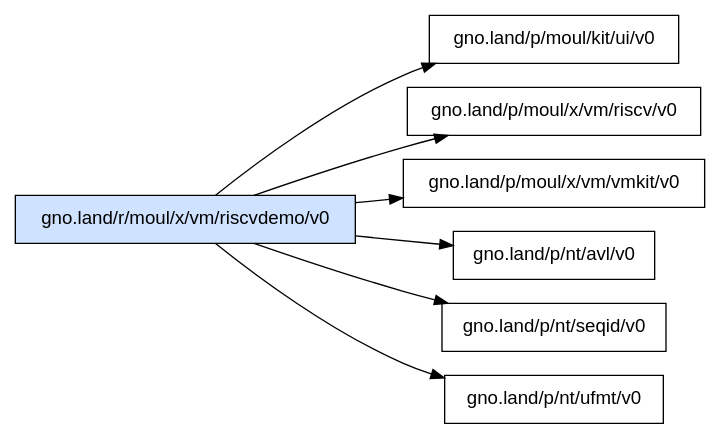
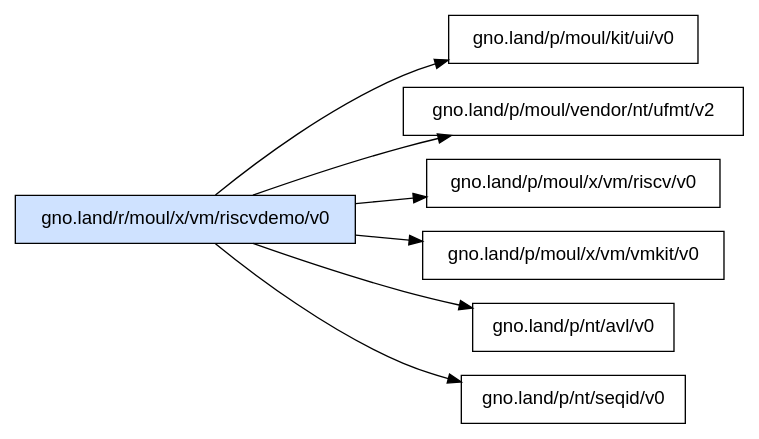
One commit to moul/gno-contracts changed the diagram in _assets/gno.land/r/moul/x/vm/riscvdemo/v0/deps.dot. Above: the diagram before and after it, drawn with Graphviz. The commit also changed 14 other files, not shown here.

Commit message:
chore: regenerate catalog, graphs and on-chain status [skip ci]

```diff
--- a/_assets/gno.land/r/moul/x/vm/riscvdemo/v0/deps.dot
+++ b/_assets/gno.land/r/moul/x/vm/riscvdemo/v0/deps.dot
@@ -1,11 +1,11 @@
 digraph deps {
   rankdir=LR;
   node [shape=box, fontname="sans-serif"];
   "gno.land/r/moul/x/vm/riscvdemo/v0" [style=filled, fillcolor="#cfe2ff"];
   "gno.land/r/moul/x/vm/riscvdemo/v0" -> "gno.land/p/moul/kit/ui/v0";
+  "gno.land/r/moul/x/vm/riscvdemo/v0" -> "gno.land/p/moul/vendor/nt/ufmt/v2";
   "gno.land/r/moul/x/vm/riscvdemo/v0" -> "gno.land/p/moul/x/vm/riscv/v0";
   "gno.land/r/moul/x/vm/riscvdemo/v0" -> "gno.land/p/moul/x/vm/vmkit/v0";
   "gno.land/r/moul/x/vm/riscvdemo/v0" -> "gno.land/p/nt/avl/v0";
   "gno.land/r/moul/x/vm/riscvdemo/v0" -> "gno.land/p/nt/seqid/v0";
-  "gno.land/r/moul/x/vm/riscvdemo/v0" -> "gno.land/p/nt/ufmt/v0";
 }
```
